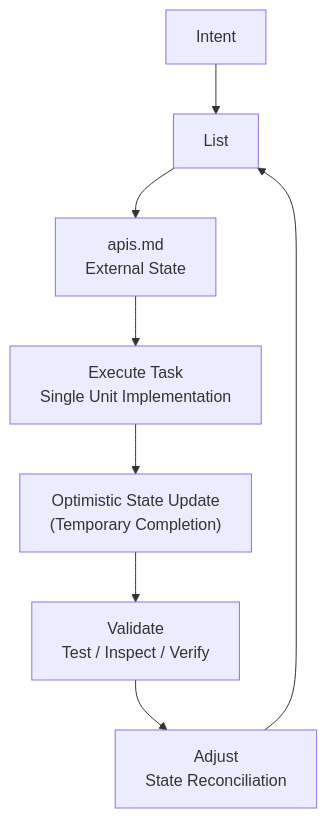
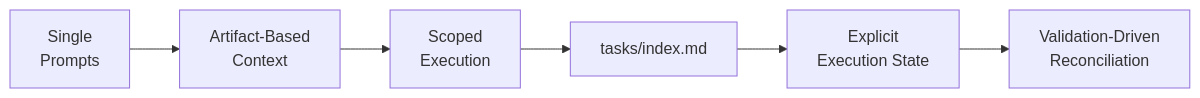
The second of 2 diagrams in README.md (arifnd/leva-execution-workflow), drawn with Mermaid before and after one commit. The commit also changed other lines of this file and 1 other file, not shown here.

````diff
--- a/README.md
+++ b/README.md
@@ -127,10 +188,13 @@
 ```mermaid
-flowchart TD
-    Intent --> List
-    List --> TaskFile["apis.md<br/>External State"]
-    TaskFile --> Execute["Execute Task<br/>Single Unit Implementation"]
-    Execute --> Optimistic["Optimistic State Update<br/>(Temporary Completion)"]
-    Optimistic --> Validate["Validate<br/>Test / Inspect / Verify"]
-    Validate --> Adjust["Adjust<br/>State Reconciliation"]
-    Adjust --> List
+flowchart LR
+    A["Single<br/>Prompts"]
+        --> B["Artifact-Based<br/>Context"]
+
+    B --> C["Scoped<br/>Execution"]
+
+    C --> D["tasks/index.md"]
+
+    D --> E["Explicit<br/>Execution State"]
+
+    E --> F["Validation-Driven<br/>Reconciliation"]
 ```
````
